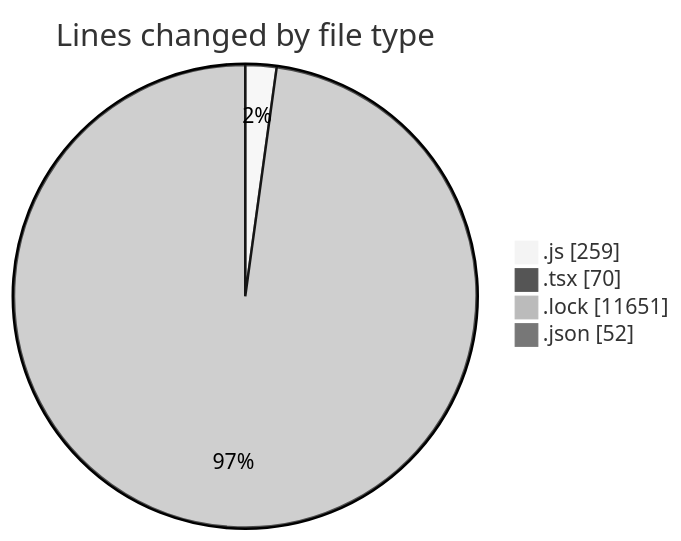
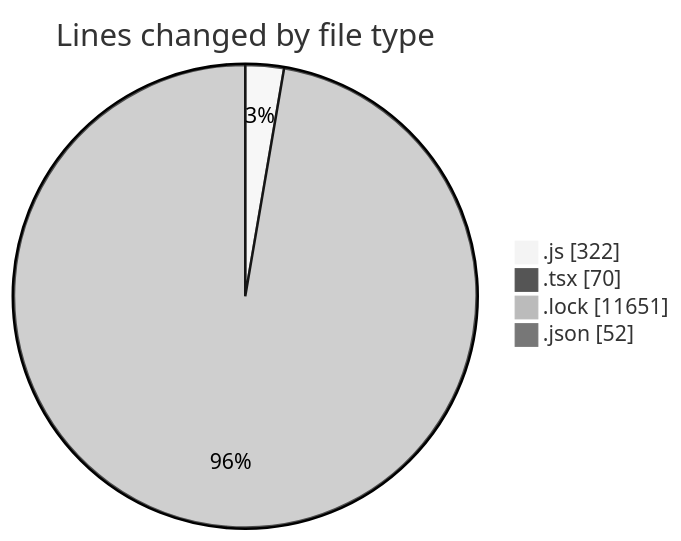
Before and after one commit to momahboobian/code-tracking: the first of 2 diagrams in 2026-01-13/cda/README.md, drawn with Mermaid (neutral theme). The commit also changed other lines of this file and 1 other file, not shown here.

````diff
--- a/2026-01-13/cda/README.md
+++ b/2026-01-13/cda/README.md
@@ -24,8 +24,8 @@
 ```mermaid
 pie showData
 title Lines changed by file type
-".js" : 259
+".js" : 322
 ".tsx" : 70
 ".lock" : 11651
 ".json" : 52
 ```
````
